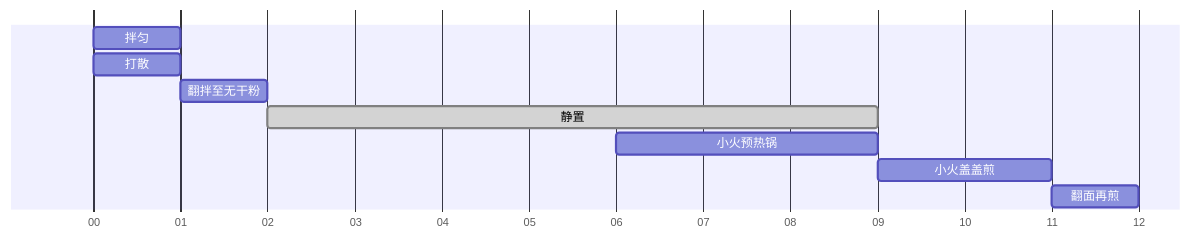
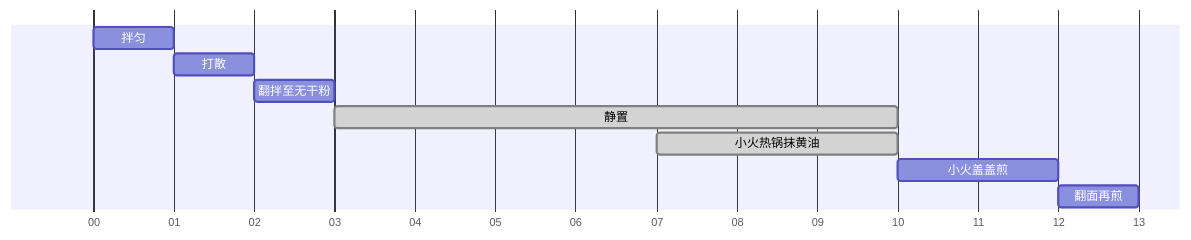
Before and after one commit to kangaroologist-ai/recipes: the diagram in recipes/breakfast/protein-pancake.md, drawn with Mermaid. The commit also changed other lines of this file and 12 other files, not shown here.

````diff
--- a/recipes/breakfast/protein-pancake.md
+++ b/recipes/breakfast/protein-pancake.md
@@ -11,13 +11,13 @@
 ```mermaid
 gantt
 dateFormat mm
 axisFormat %M
 todayMarker off
   拌匀 :dry, 00, 1m
-  打散 :wet, 00, 1m
-  翻拌至无干粉 :mix, 01, 1m
-  静置 :done, rest, 02, 7m
-  小火预热锅 :heat, 06, 3m
-  小火盖盖煎 :fry, 09, 2m
-  翻面再煎 :flip, 11, 1m
+  打散 :wet, 01, 1m
+  翻拌至无干粉 :mix, 02, 1m
+  静置 :done, rest, 03, 7m
+  小火热锅抹黄油 :done, heat, 07, 3m
+  小火盖盖煎 :fry, 10, 2m
+  翻面再煎 :flip, 12, 1m
 ```
````
